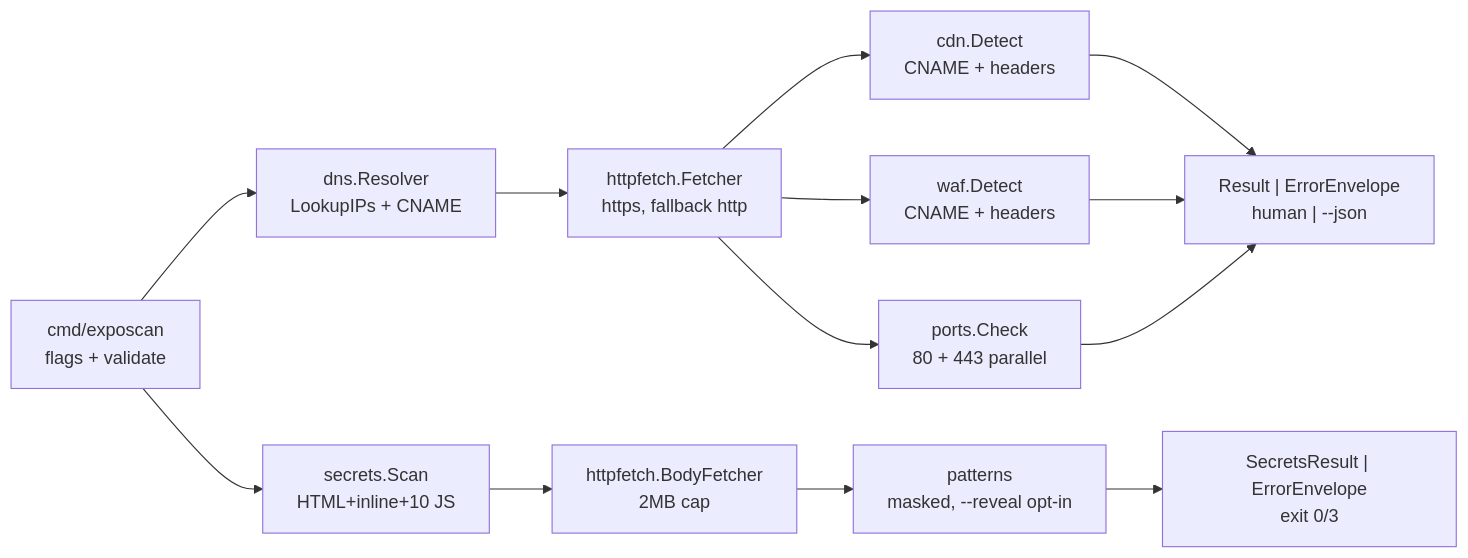
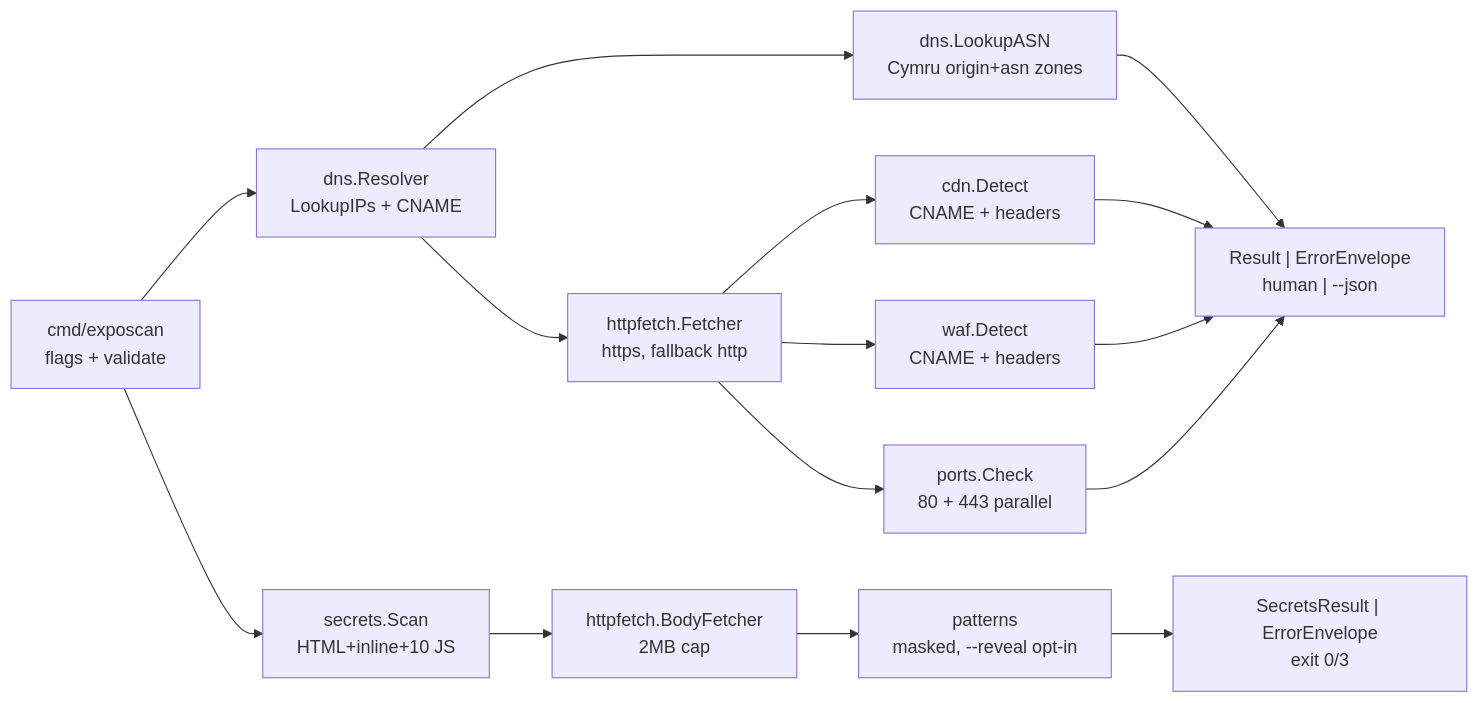
One commit to matheuslyam/gosomething changed the diagram in docs/architecture.md. Above: the diagram before and after it, drawn with Mermaid. The commit also changed 11 other files, not shown here.

First line of the commit message:
feat(asn): enrich each resolved IP with origin ASN via Team Cymru DNS

````diff
--- a/docs/architecture.md
+++ b/docs/architecture.md
@@ -5,15 +5,17 @@
 ```mermaid
 flowchart LR
     CLI["cmd/exposcan\nflags + validate"] --> DNS["dns.Resolver\nLookupIPs + CNAME"]
+    DNS --> ASN["dns.LookupASN\nCymru origin+asn zones"]
     DNS --> HTTP["httpfetch.Fetcher\nhttps, fallback http"]
     HTTP --> CDN["cdn.Detect\nCNAME + headers"]
     HTTP --> WAF["waf.Detect\nCNAME + headers"]
     HTTP --> PORTS["ports.Check\n80 + 443 parallel"]
     CDN --> OUT["Result | ErrorEnvelope\n human | --json"]
     WAF --> OUT
+    ASN --> OUT
     PORTS --> OUT
     CLI --> SEC["secrets.Scan\nHTML+inline+10 JS"]
     SEC --> BODY["httpfetch.BodyFetcher\n2MB cap"]
     BODY --> PAT["patterns\nmasked, --reveal opt-in"]
     PAT --> SECOUT["SecretsResult | ErrorEnvelope\nexit 0/3"]
 ```
````
